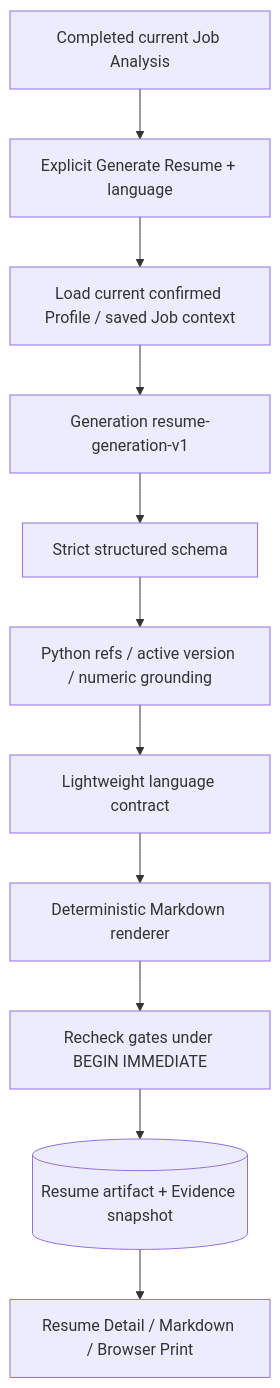
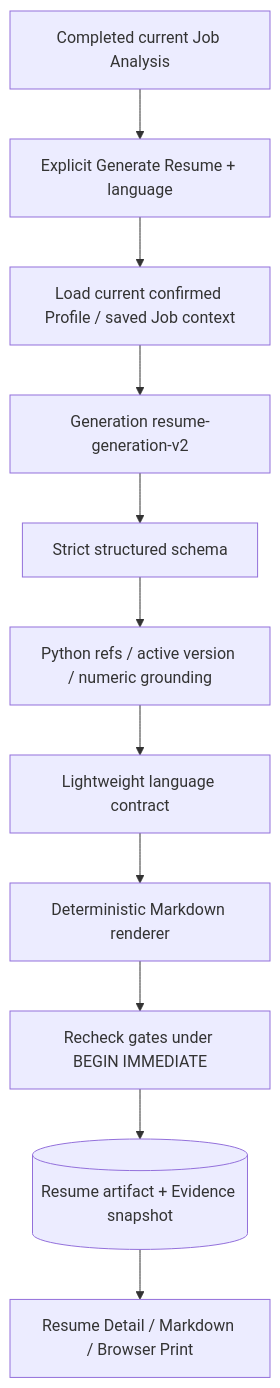
Before and after one commit to Houlx/career-copilot: the second of 3 diagrams in docs/ARCHITECTURE.md, drawn with Mermaid. The commit also changed other lines of this file and 21 other files, not shown here.

Commit message:
Upgrade resume generation prompt to v2 and align regression coverage

````diff
--- a/docs/ARCHITECTURE.md
+++ b/docs/ARCHITECTURE.md
@@ -158,13 +158,13 @@
 ```mermaid
 flowchart TD
     J[Completed current Job Analysis] --> Click[Explicit Generate Resume + language]
     Click --> Load[Load current confirmed Profile / saved Job context]
-    Load --> G[Generation resume-generation-v1]
+    Load --> G[Generation resume-generation-v2]
     G --> Schema[Strict structured schema]
     Schema --> Ground[Python refs / active version / numeric grounding]
     Ground --> Lang[Lightweight language contract]
     Lang --> Render[Deterministic Markdown renderer]
     Render --> Persist[Recheck gates under BEGIN IMMEDIATE]
     Persist --> R[(Resume artifact + Evidence snapshot)]
     R --> View[Resume Detail / Markdown / Browser Print]
 ```
````
